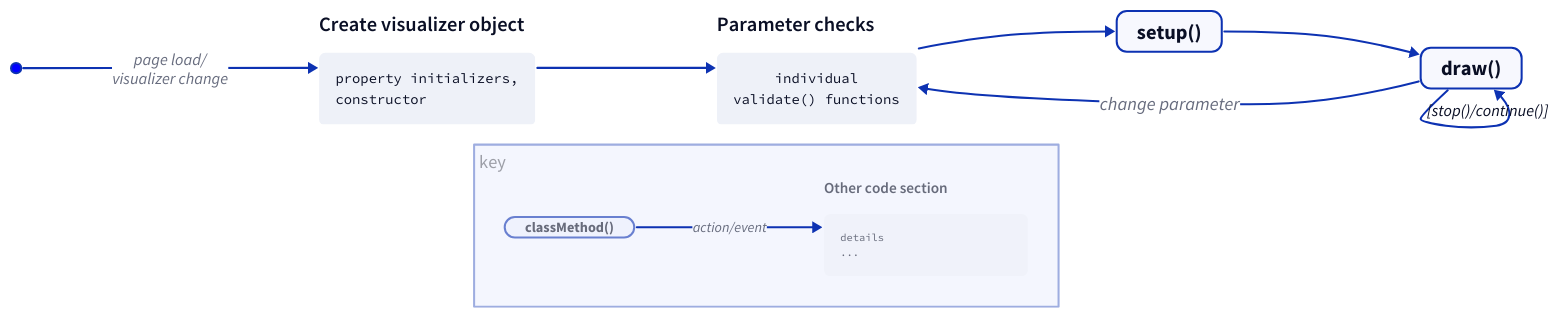
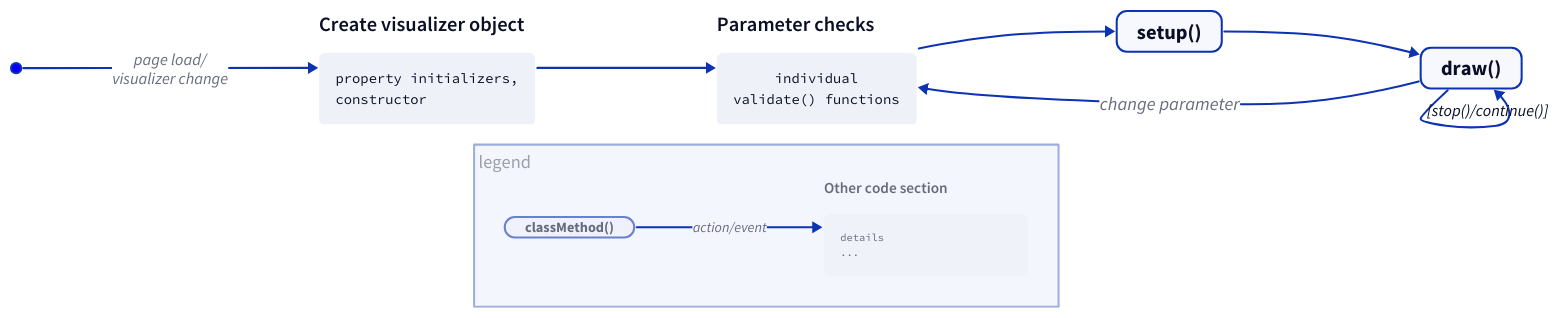
The diagram in doc/visualizer-basics.md (numberscope/frontscope), drawn with D2 before and after one commit. The commit also changed 2 other files, not shown here.

Commit message:
doc: Further revisions of lifecycle diagram as requested

`````diff
--- a/doc/visualizer-basics.md
+++ b/doc/visualizer-basics.md
@@ -16,72 +16,73 @@
 ````d2 layout="elk"
 direction: right
 classes: {
   method: {
     height: 40
     style: {
       border-radius: 10
       font-size: 20
     }
   }
 }
 
 Start: "" {
    style: {fill: blue}
    shape: circle
    width: 10
 }
 Init: |md
     ### Create visualizer object
     ```txt
     property initializers,
     constructor
     ```
 |
 Start -> Init: | page load/
 visualizer change|
 SPC: |md
     ### Parameter checks
     ```txt
          individual
     validate() functions
     ```
 |
 Init -> SPC
 Setup: "setup()" {class: method}
 SPC -> Setup
 Draw: "draw()" {class: method}
 Setup -> Draw
 Draw -> Draw: {target-arrowhead: "[stop()/continue()]"}
 Draw -> SPC: "change parameter" {style.font-size: 18}
-key: {
+
+legend: {
   near: bottom-center
   label.near: top-left
   direction: right
   method: "classMethod()" {
     class: method
     height: 20
     style: {
       opacity: 0.6
       font-size: 14
     }
   }
   otherCode: |
     ### Other code section
     ```txt
     details
     ...
     ```
   | {
     width: 200
     style: {
       opacity: 0.6
       font-size: 12
     }
   }
   method -> otherCode: "action/event" {style.font-size: 14}
   style {
     opacity: 0.4
     font-size: 18
   }
 }
 ````
`````
